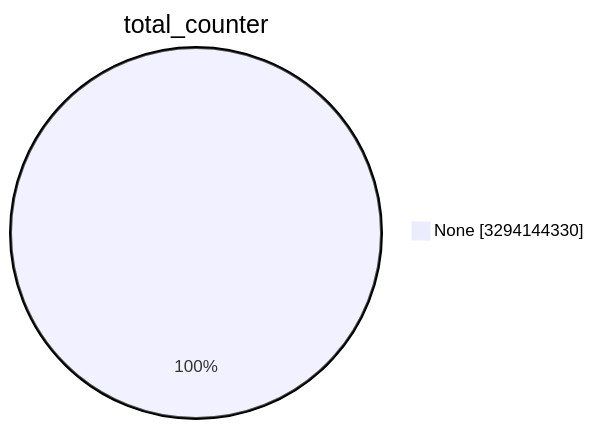
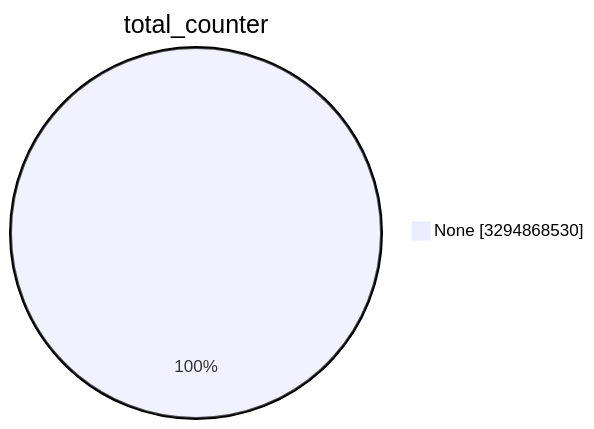
One commit to christiankrug/ctmonitor_visualization changed the first of 15 diagrams in TOTAL/README.md. Above: the diagram before and after it, drawn with Mermaid. The commit also changed other lines of this file, not shown here.

````diff
--- a/TOTAL/README.md
+++ b/TOTAL/README.md
@@ -1,5 +1,5 @@
 ```mermaid
 pie showData
 title total_counter
-"None" :3294144330
+"None" :3294868530
 ```
````
